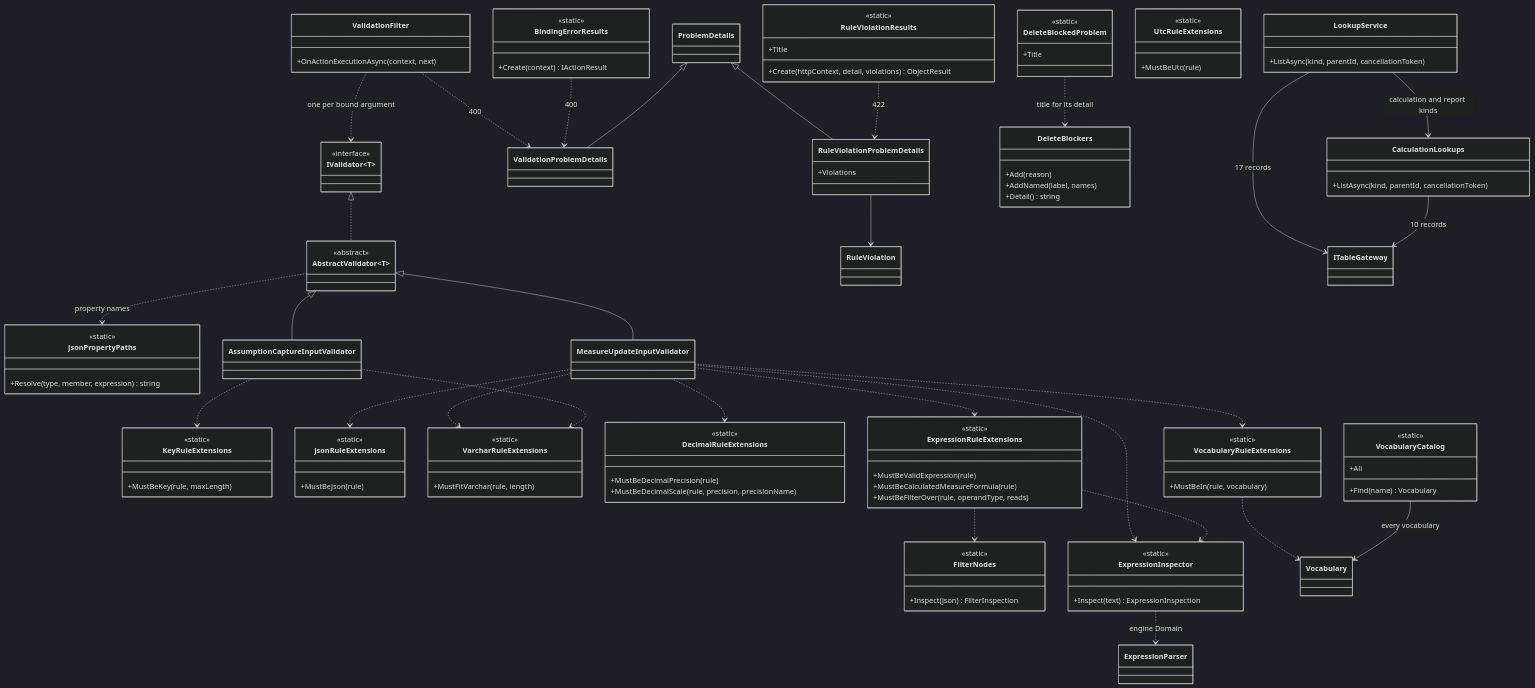
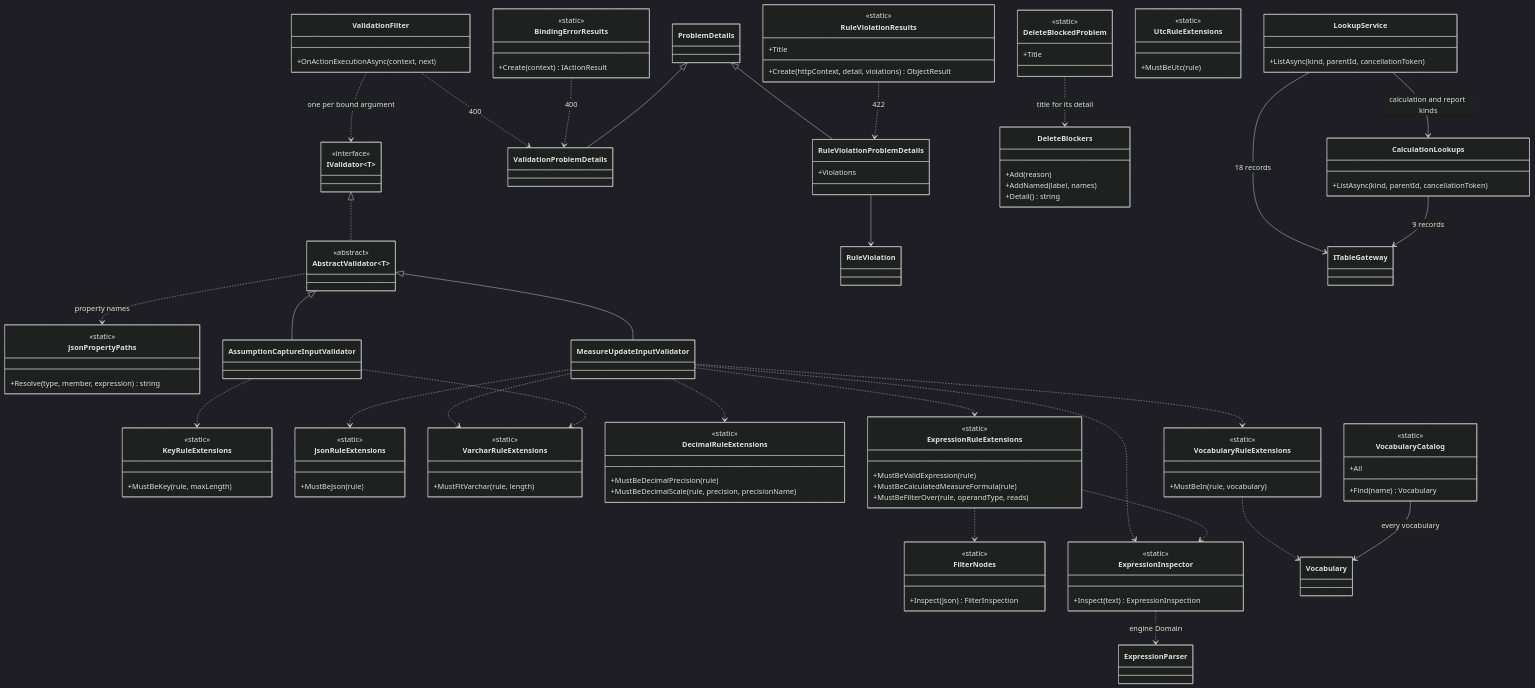
One commit to chrisaliotta/Quantalytix.QueryEngine.Admin changed the fourth of 4 diagrams in api/docs/architecture/03-core-classes.md. Above: the diagram before and after it, drawn with Mermaid (dark theme). The commit also changed other lines of this file and 373 other files, not shown here.

First line of the commit message:
feat: update API documentation and architecture for versioning and report handling

````diff
--- a/api/docs/architecture/03-core-classes.md
+++ b/api/docs/architecture/03-core-classes.md
@@ -474,8 +480,8 @@
     ExpressionInspector ..> ExpressionParser : engine Domain
     VocabularyRuleExtensions ..> Vocabulary
     VocabularyCatalog --> Vocabulary : every vocabulary
-    LookupService --> ITableGateway : 17 records
+    LookupService --> ITableGateway : 18 records
     LookupService --> CalculationLookups : calculation and report kinds
-    CalculationLookups --> ITableGateway : 10 records
+    CalculationLookups --> ITableGateway : 9 records
     DeleteBlockedProblem ..> DeleteBlockers : title for its detail
 ```
````
